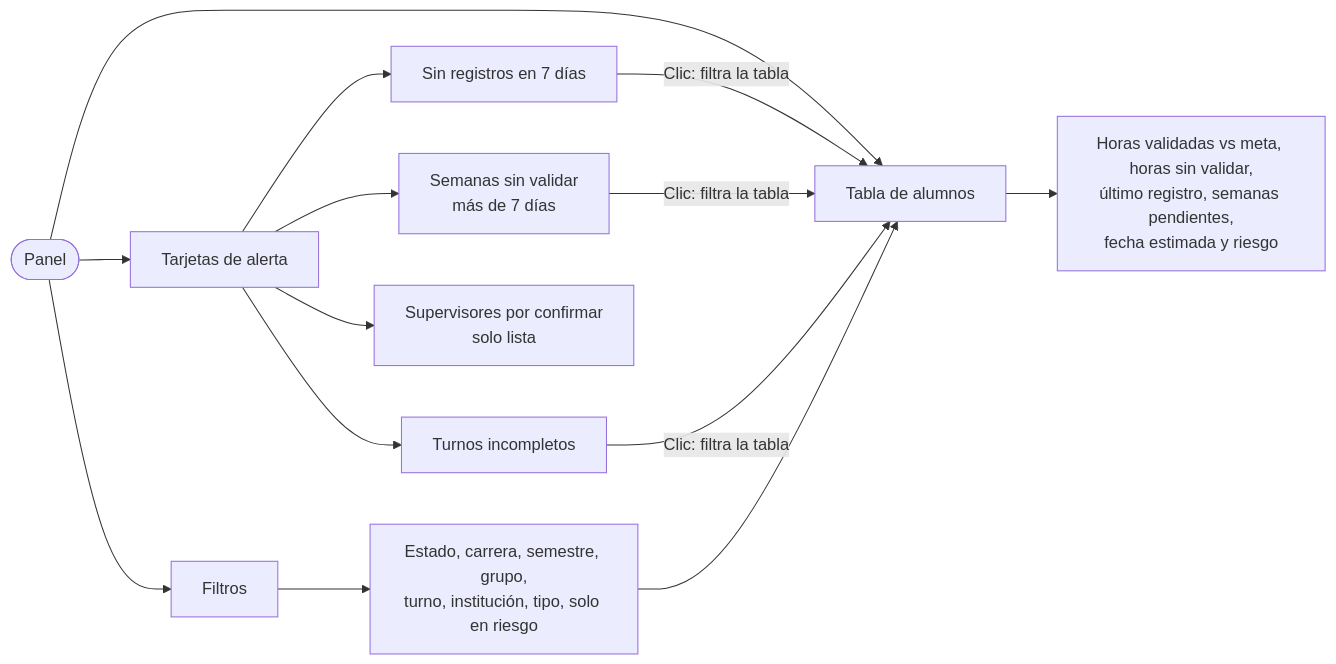
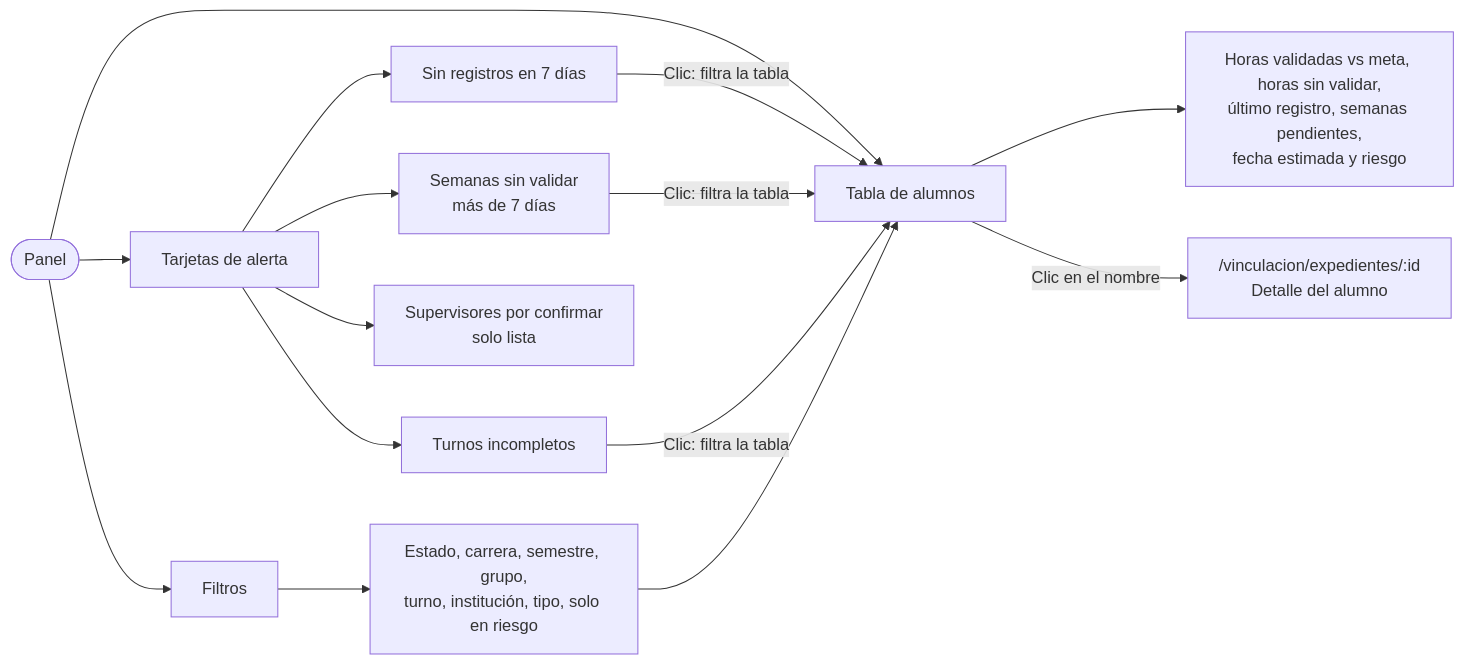
One commit to leslie-garcia801/praxis changed the fourth of 10 diagrams in docs/flujo-app.md. Above: the diagram before and after it, drawn with Mermaid. The commit also changed other lines of this file, not shown here.

Commit message:
docs: add student detail and office names to the UI flow

````diff
--- a/docs/flujo-app.md
+++ b/docs/flujo-app.md
@@ -110,17 +120,18 @@
 ```mermaid
 flowchart LR
     P([Panel]) --> AL[Tarjetas de alerta]
     P --> FI[Filtros]
     P --> TB[Tabla de alumnos]
 
     AL --> A1[Sin registros en 7 días]
     AL --> A2[Semanas sin validar<br/>más de 7 días]
     AL --> A3[Turnos incompletos]
     AL --> A4[Supervisores por confirmar<br/>solo lista]
     A1 & A2 & A3 -- "Clic: filtra la tabla" --> TB
 
     FI --> F1[Estado, carrera, semestre, grupo,<br/>turno, institución, tipo, solo en riesgo]
     F1 --> TB
 
     TB --> COL[Horas validadas vs meta, horas sin validar,<br/>último registro, semanas pendientes,<br/>fecha estimada y riesgo]
+    TB -- "Clic en el nombre" --> DET["/vinculacion/expedientes/:id<br/>Detalle del alumno"]
 ```
````
